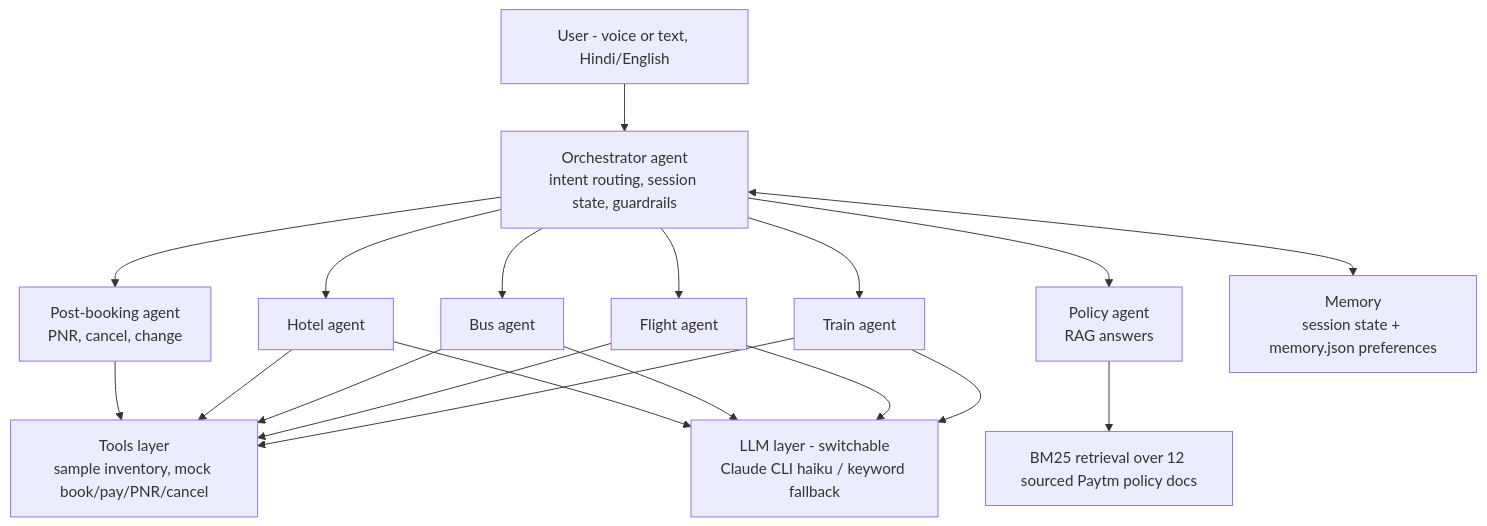
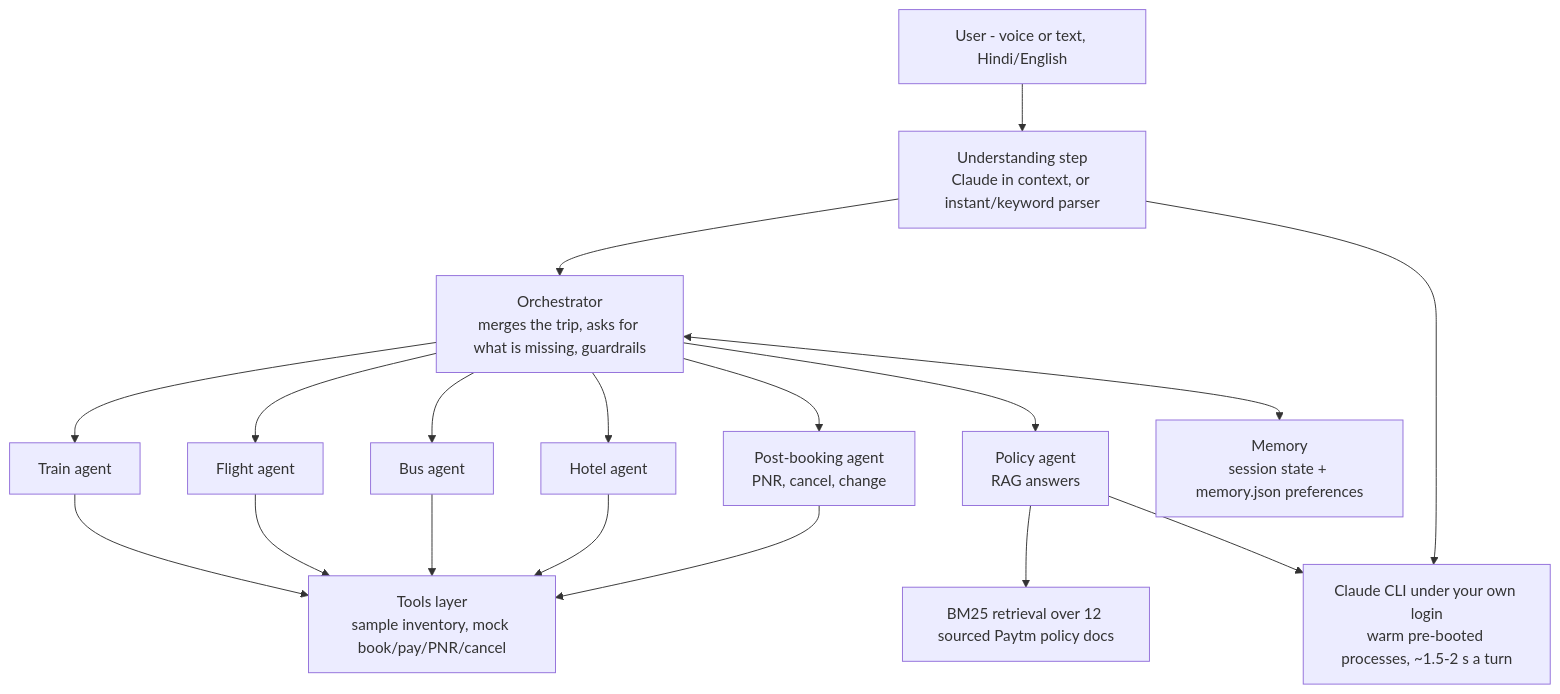
Before and after one commit to namangoyal3/Paytm---Bolo-Booking: the diagram in README.md, drawn with Mermaid. The commit also changed other lines of this file and 28 other files, not shown here.

````diff
--- a/README.md
+++ b/README.md
@@ -17,14 +29,15 @@
 ```mermaid
 flowchart TD
-    U[User - voice or text, Hindi/English] --> O[Orchestrator agent<br/>intent routing, session state, guardrails]
+    U[User - voice or text, Hindi/English] --> N[Understanding step<br/>Claude in context, or instant/keyword parser]
+    N --> O[Orchestrator<br/>merges the trip, asks for what is missing, guardrails]
     O --> T[Train agent]
     O --> F[Flight agent]
     O --> B[Bus agent]
     O --> H[Hotel agent]
     O --> P[Post-booking agent<br/>PNR, cancel, change]
     O --> K[Policy agent<br/>RAG answers]
     T & F & B & H & P --> TL[Tools layer<br/>sample inventory, mock book/pay/PNR/cancel]
     K --> R[BM25 retrieval over 12 sourced Paytm policy docs]
     O <--> M[Memory<br/>session state + memory.json preferences]
-    T & F & B & H --> L[LLM layer - switchable<br/>Claude CLI haiku / keyword fallback]
+    N & K --> L[Claude CLI under your own login<br/>warm pre-booted processes, ~1.5-2 s a turn]
 ```
````
